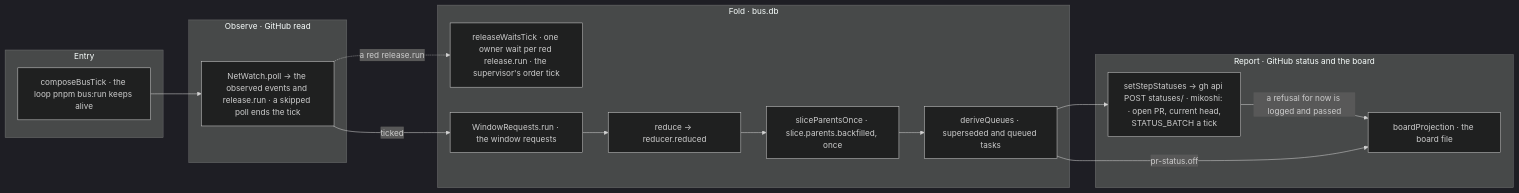
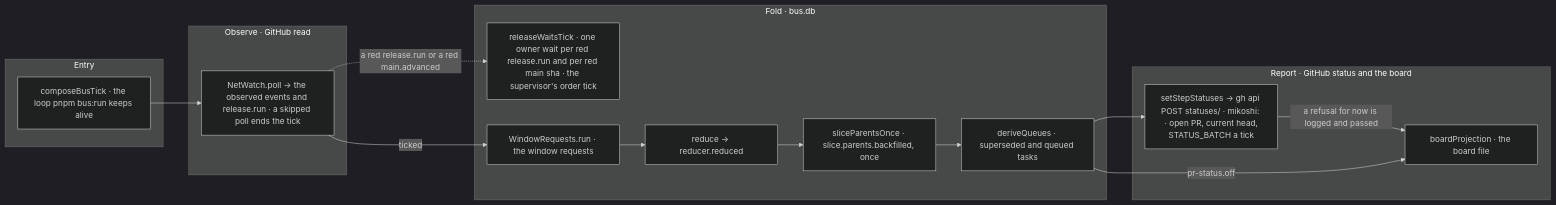
Before and after one commit to E1i/mikoshi-construct: the diagram in architecture/composition/bus.md, drawn with Mermaid (dark theme). The commit also changed other lines of this file and 3 other files, not shown here.

First line of the commit message:
red-main-opens-owner-wait (#2373)

````diff
--- a/architecture/composition/bus.md
+++ b/architecture/composition/bus.md
@@ -9,29 +9,29 @@
 ```mermaid
 flowchart LR
   subgraph b_entry["Entry"]
     root["composeBusTick · the loop pnpm bus:run keeps alive"]
   end
   subgraph b_observe["Observe · GitHub read"]
     netwatch["NetWatch.poll → the observed events and release.run · a skipped poll ends the tick"]
   end
   subgraph b_fold["Fold · bus.db"]
-    releasewaits["releaseWaitsTick · one owner wait per red release.run · the supervisor's order tick"]
+    releasewaits["releaseWaitsTick · one owner wait per red release.run and per red main sha · the supervisor's order tick"]
     requests["WindowRequests.run · the window requests"]
     reduce["reduce → reducer.reduced"]
     sliceparents["sliceParentsOnce · slice.parents.backfilled, once"]
     queues["deriveQueues · superseded and queued tasks"]
   end
   subgraph b_report["Report · GitHub status and the board"]
     statuses["setStepStatuses → gh api POST statuses/<head> · mikoshi: <step> · open PR, current head, STATUS_BATCH a tick"]
     board["boardProjection · the board file"]
   end
   root --> netwatch
   netwatch -->|"ticked"| requests
-  netwatch -.->|"a red release.run"| releasewaits
+  netwatch -.->|"a red release.run or a red main.advanced"| releasewaits
   requests --> reduce
   reduce --> sliceparents
   sliceparents --> queues
   queues --> statuses
   statuses -->|"a refusal for now is logged and passed"| board
   queues -->|"pr-status.off"| board
 ```
````
